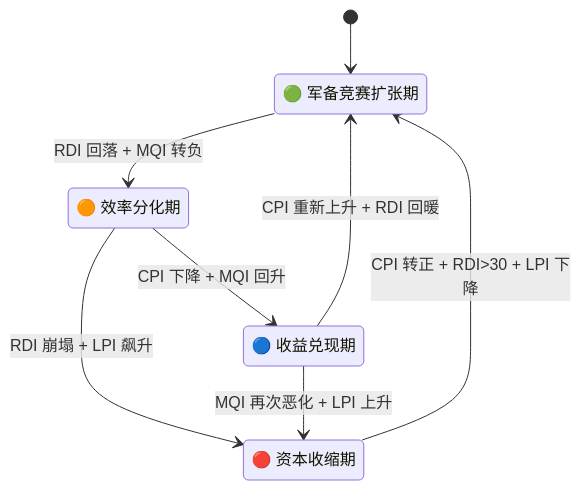
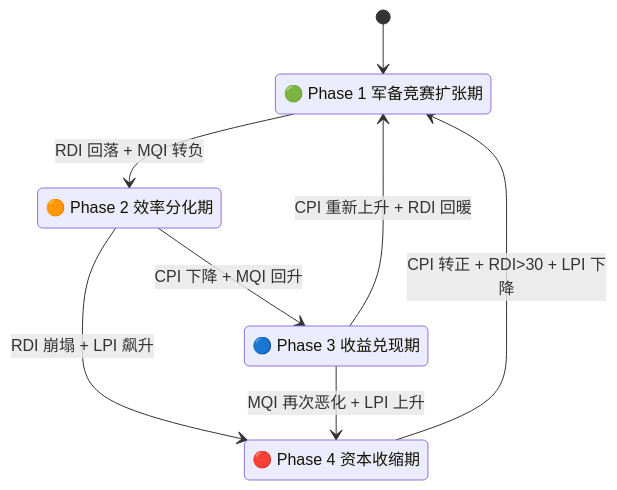
Before and after one commit to niuchangsheng/aipt: the first of 2 diagrams in README.md, drawn with Mermaid. The commit also changed other lines of this file and 1 other file, not shown here.

````diff
--- a/README.md
+++ b/README.md
@@ -23,15 +54,15 @@
 ```mermaid
 stateDiagram-v2
     [*] --> Phase1
     Phase1 --> Phase2 : RDI 回落 + MQI 转负
     Phase2 --> Phase3 : CPI 下降 + MQI 回升
     Phase2 --> Phase4 : RDI 崩塌 + LPI 飙升
     Phase3 --> Phase1 : CPI 重新上升 + RDI 回暖
     Phase3 --> Phase4 : MQI 再次恶化 + LPI 上升
     Phase4 --> Phase1 : CPI 转正 + RDI>30 + LPI 下降
 
-    Phase1 : 🟢 军备竞赛扩张期
-    Phase2 : 🟠 效率分化期
-    Phase3 : 🔵 收益兑现期
-    Phase4 : 🔴 资本收缩期
+    Phase1 : 🟢 Phase 1 军备竞赛扩张期
+    Phase2 : 🟠 Phase 2 效率分化期
+    Phase3 : 🔵 Phase 3 收益兑现期
+    Phase4 : 🔴 Phase 4 资本收缩期
 ```
````
